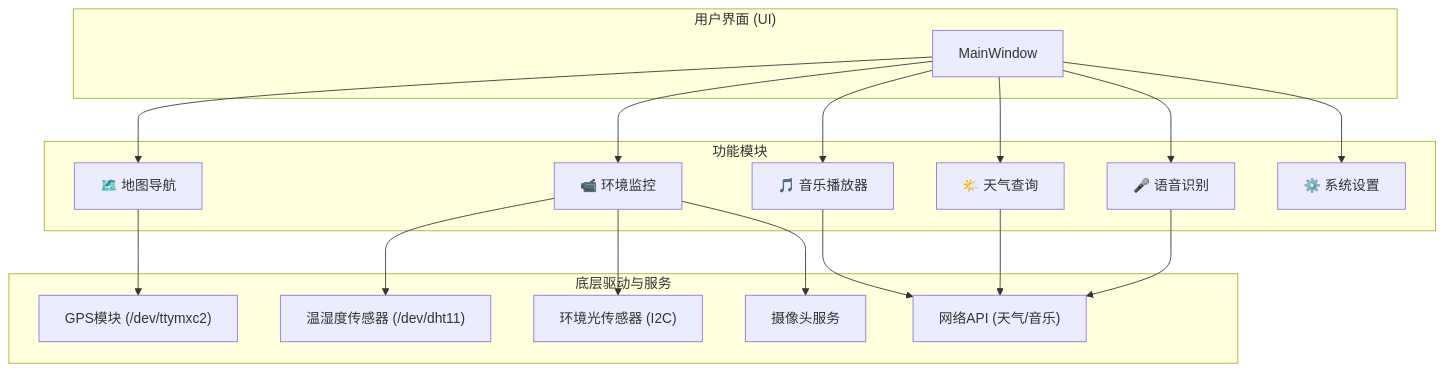
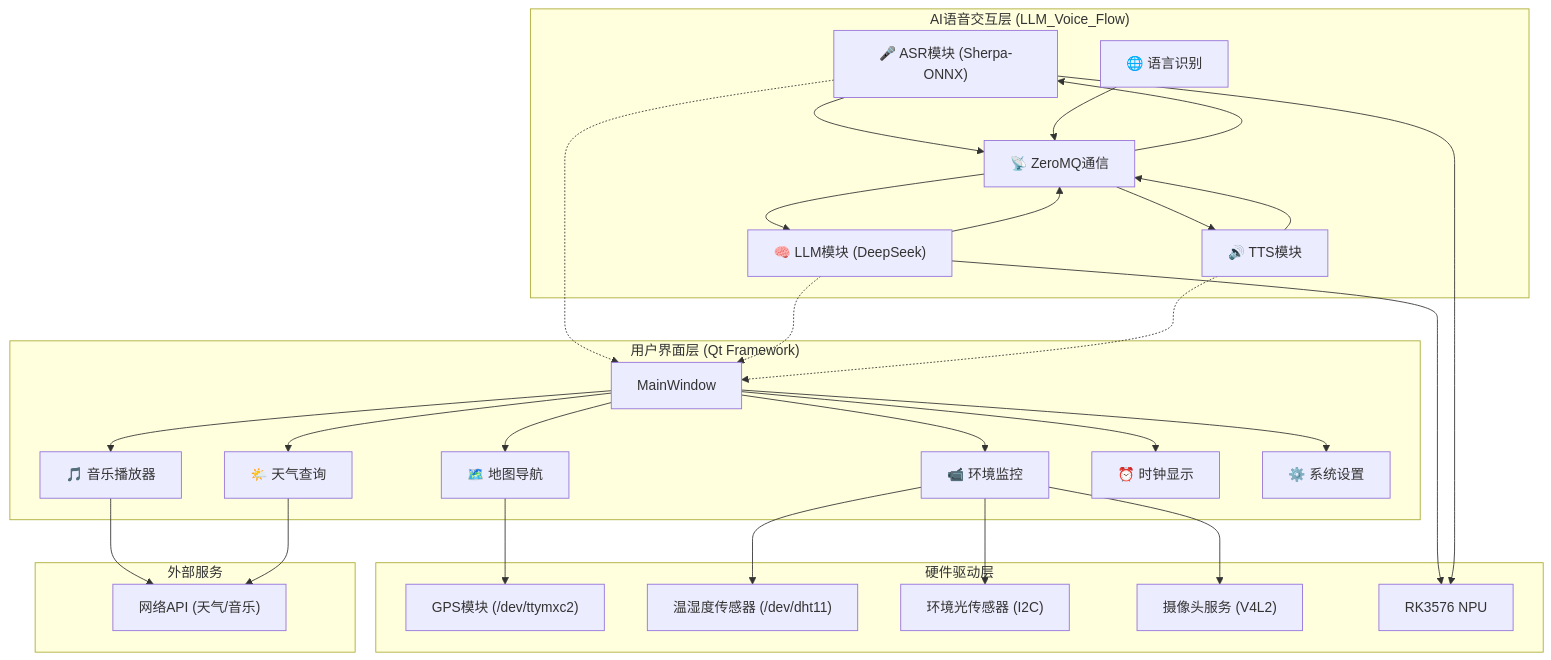
The diagram in README.md (wwbing/VehicleTerminal), drawn with Mermaid before and after one commit. The commit also changed other lines of this file, not shown here.

````diff
--- a/README.md
+++ b/README.md
@@ -26,38 +52,60 @@
 ```mermaid
 graph TD
-    subgraph "用户界面 (UI)"
+    subgraph "用户界面层 (Qt Framework)"
         A[MainWindow]
-    end
-
-    subgraph "功能模块"
         B["🎵 音乐播放器"]
         C["🗺️ 地图导航"]
         D["🌤️ 天气查询"]
         E["📹 环境监控"]
-        F["🎤 语音识别"]
+        F["⏰ 时钟显示"]
         G["⚙️ 系统设置"]
     end
 
-    subgraph "底层驱动与服务"
-        H["GPS模块 (/dev/ttymxc2)"]
-        I["温湿度传感器 (/dev/dht11)"]
-        J["环境光传感器 (I2C)"]
-        K["摄像头服务"]
-        L["网络API (天气/音乐)"]
+    subgraph "AI语音交互层 (LLM_Voice_Flow)"
+        H["🎤 ASR模块 (Sherpa-ONNX)"]
+        I["🧠 LLM模块 (DeepSeek)"]
+        J["🔊 TTS模块"]
+        K["🌐 语言识别"]
+        L["📡 ZeroMQ通信"]
+    end
+
+    subgraph "硬件驱动层"
+        M["GPS模块 (/dev/ttymxc2)"]
+        N["温湿度传感器 (/dev/dht11)"]
+        O["环境光传感器 (I2C)"]
+        P["摄像头服务 (V4L2)"]
+        Q["RK3576 NPU"]
+    end
+
+    subgraph "外部服务"
+        R["网络API (天气/音乐)"]
     end
 
     A --> B
     A --> C
     A --> D
     A --> E
     A --> F
     A --> G
 
-    B --> L
-    C --> H
-    D --> L
-    E --> I
-    E --> J
-    E --> K
-    F --> L
+    H --> L
+    I --> L
+    J --> L
+    K --> L
+    L --> H
+    L --> I
+    L --> J
+
+    B --> R
+    C --> M
+    D --> R
+    E --> N
+    E --> O
+    E --> P
+    I --> Q
+    H --> Q
+
+    H -.-> A
+    I -.-> A
+    J -.-> A
 ```
````
